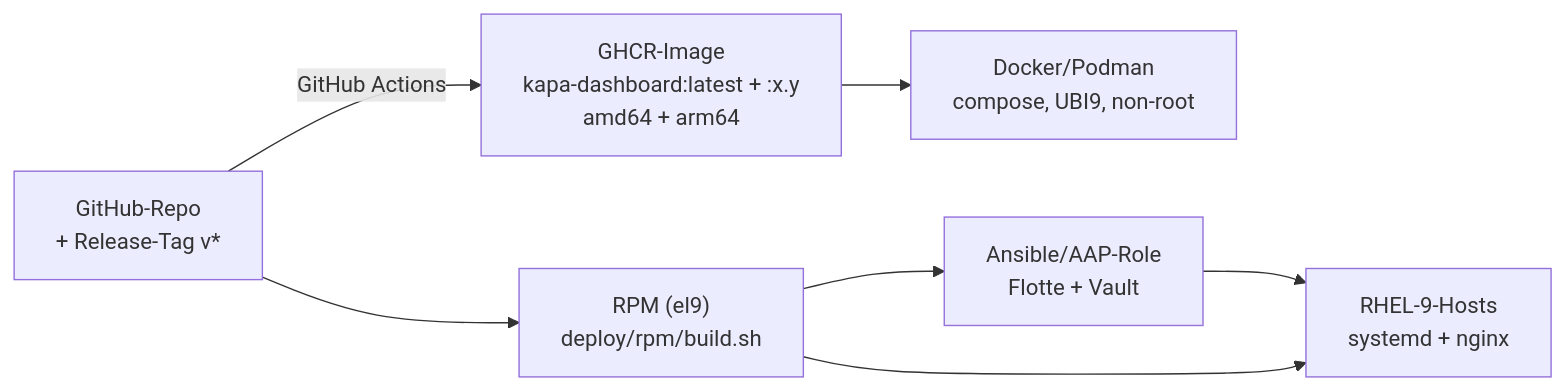
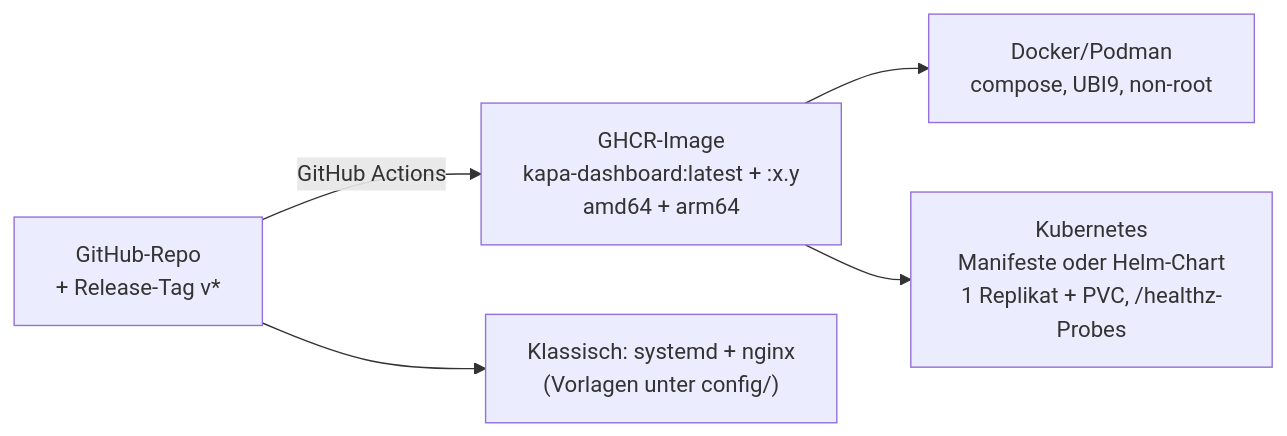
One commit to marcobockelbrink/vmware changed the fifth of 5 diagrams in docs/ARCHITEKTUR.md. Above: the diagram before and after it, drawn with Mermaid. The commit also changed other lines of this file and 41 other files, not shown here.

First line of the commit message:
Deployment: RPM + Ansible eingestellt, Kubernetes neu (Manifeste + Helm)

````diff
--- a/docs/ARCHITEKTUR.md
+++ b/docs/ARCHITEKTUR.md
@@ -193,10 +193,8 @@
 ```mermaid
 flowchart LR
     GH["GitHub-Repo<br/>+ Release-Tag v*"]
     GH -->|GitHub Actions| IMG["GHCR-Image<br/>kapa-dashboard:latest + :x.y<br/>amd64 + arm64"]
-    GH --> RPM["RPM (el9)<br/>deploy/rpm/build.sh"]
-    RPM --> ANS["Ansible/AAP-Role<br/>Flotte + Vault"]
     IMG --> DOCK["Docker/Podman<br/>compose, UBI9, non-root"]
-    RPM --> HOSTS["RHEL-9-Hosts<br/>systemd + nginx"]
-    ANS --> HOSTS
+    IMG --> K8S["Kubernetes<br/>Manifeste oder Helm-Chart<br/>1 Replikat + PVC, /healthz-Probes"]
+    GH --> HOSTS["Klassisch: systemd + nginx<br/>(Vorlagen unter config/)"]
 ```
````
